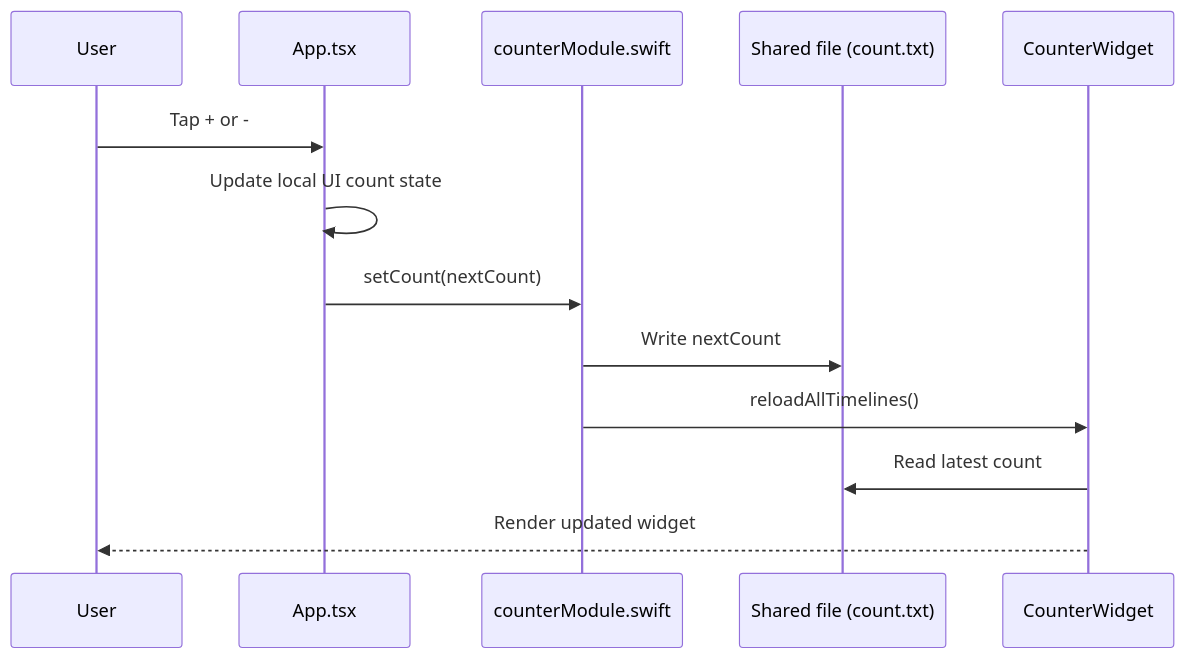
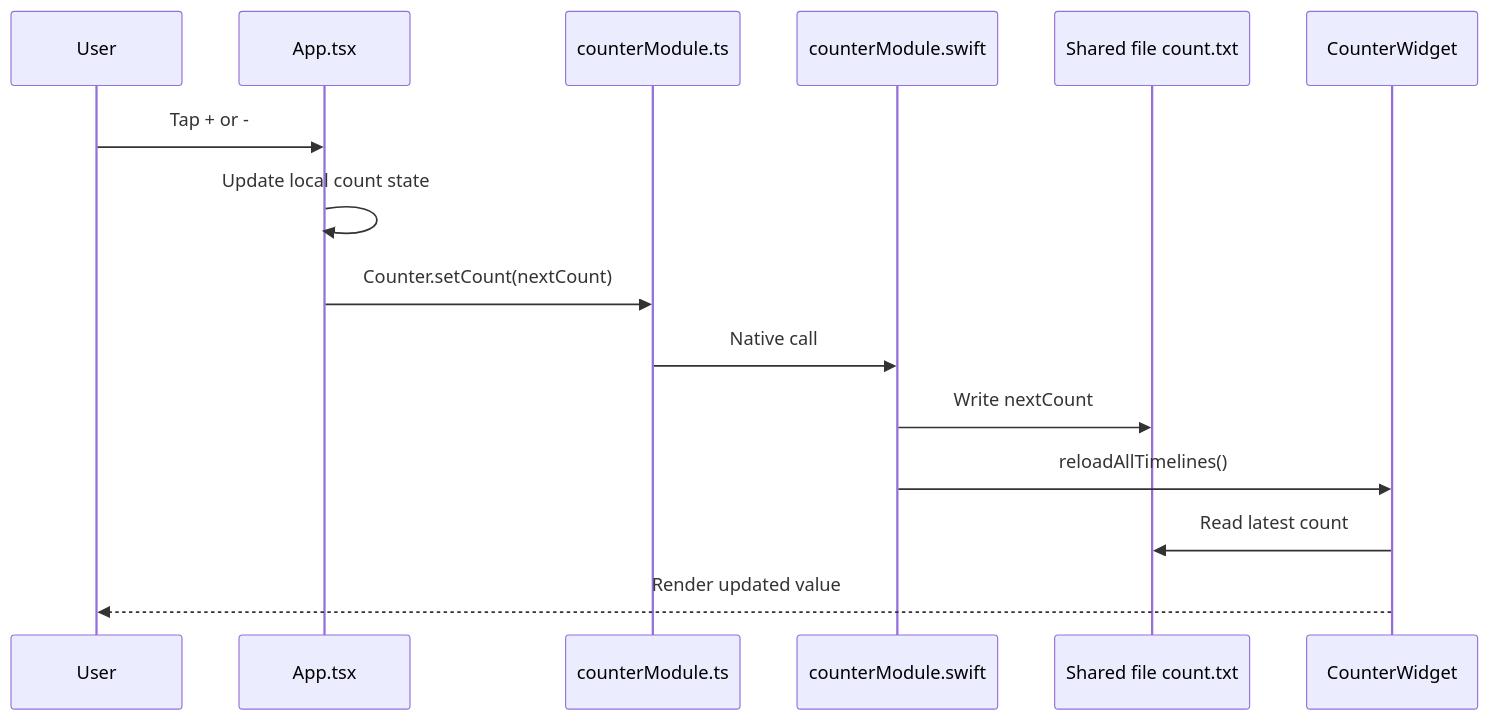
Before and after one commit to dacitto/widget-ios: the second of 3 diagrams in README.md, drawn with Mermaid. The commit also changed other lines of this file, not shown here.

Commit message:
Expand README with plugin, native module, widget architecture, and flow diagrams

````diff
--- a/README.md
+++ b/README.md
@@ -28,16 +35,18 @@
 ```mermaid
 sequenceDiagram
   participant U as User
   participant A as App.tsx
-  participant M as counterModule.swift
-  participant S as Shared file (count.txt)
+  participant B as counterModule.ts
+  participant N as counterModule.swift
+  participant S as Shared file count.txt
   participant W as CounterWidget
 
   U->>A: Tap + or -
-  A->>A: Update local UI count state
-  A->>M: setCount(nextCount)
-  M->>S: Write nextCount
-  M->>W: reloadAllTimelines()
+  A->>A: Update local count state
+  A->>B: Counter.setCount(nextCount)
+  B->>N: Native call
+  N->>S: Write nextCount
+  N->>W: reloadAllTimelines()
   W->>S: Read latest count
-  W-->>U: Render updated widget
+  W-->>U: Render updated value
 ```
````
